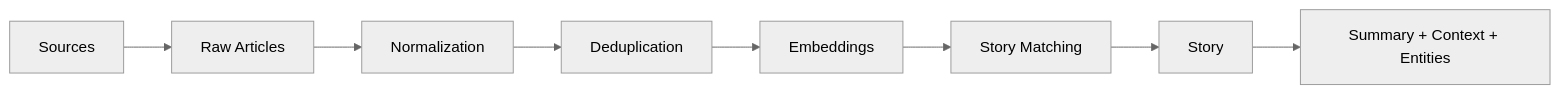
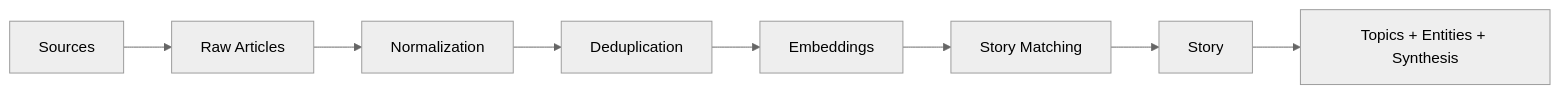
One commit to dinhostork/pulso changed the third of 9 diagrams in README.md. Above: the diagram before and after it, drawn with Mermaid (neutral theme). The commit also changed other lines of this file and 4 other files, not shown here.

Commit message:
docs: document Story Engine architecture

````diff
--- a/README.md
+++ b/README.md
@@ -100,19 +103,19 @@
 ```mermaid
 flowchart LR
     Sources["Sources"]
     Raw["Raw Articles"]
     Normalize["Normalization"]
     Dedup["Deduplication"]
     Embeddings["Embeddings"]
     Clustering["Story Matching"]
     Story["Story"]
-    Enrichment["Summary + Context + Entities"]
+    Enrichment["Topics + Entities + Synthesis"]
 
     Sources --> Raw
     Raw --> Normalize
     Normalize --> Dedup
     Dedup --> Embeddings
     Embeddings --> Clustering
     Clustering --> Story
     Story --> Enrichment
 ```
````
